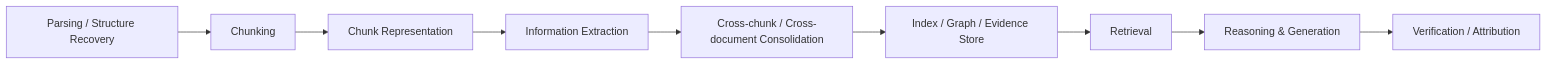
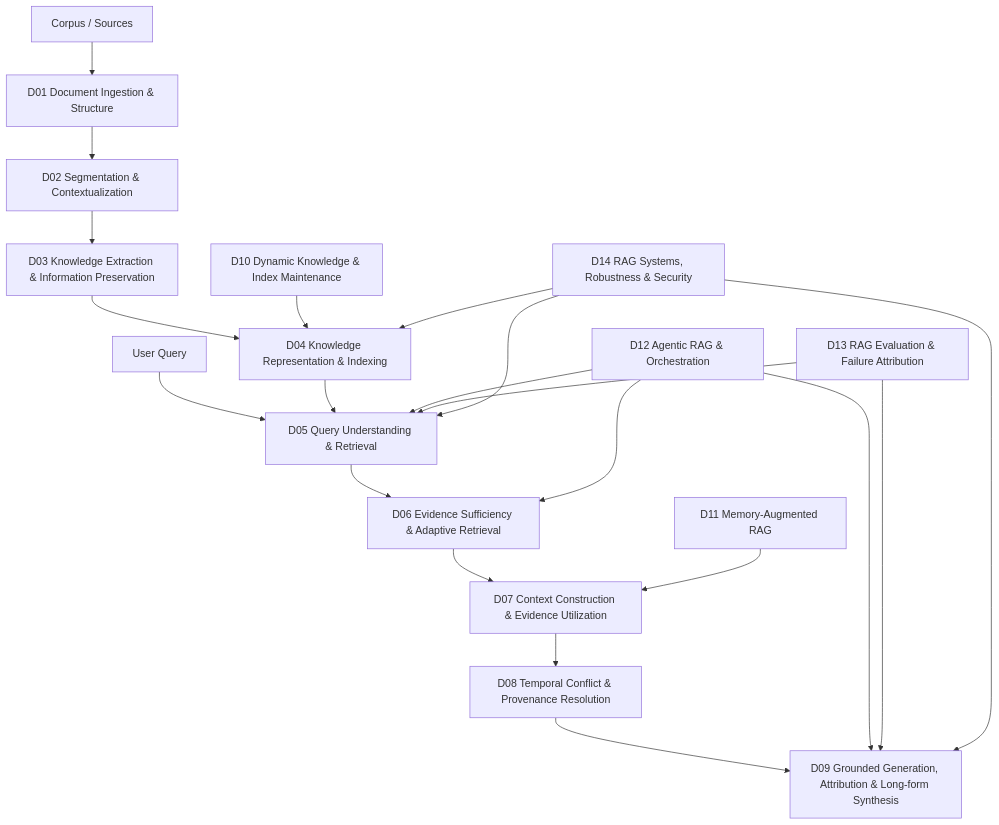
Before and after one commit to Cycl0n3-ga/RAG-survey: the diagram in 00 - 導覽與心智圖 (Navigation & MOC)/RAG Research Taxonomy & Domain Map.md, drawn with Mermaid. The commit also changed other lines of this file and 16 other files, not shown here.

````diff
--- a/00 - 導覽與心智圖 (Navigation & MOC)/RAG Research Taxonomy & Domain Map.md
+++ b/00 - 導覽與心智圖 (Navigation & MOC)/RAG Research Taxonomy & Domain Map.md
@@ -59,11 +16,23 @@
 ```mermaid
-flowchart LR
-    P["Parsing / Structure Recovery"] --> C["Chunking"]
-    C --> R["Chunk Representation"]
-    R --> IE["Information Extraction"]
-    IE --> CONS["Cross-chunk / Cross-document Consolidation"]
-    CONS --> IDX["Index / Graph / Evidence Store"]
-    IDX --> RET["Retrieval"]
-    RET --> GEN["Reasoning & Generation"]
-    GEN --> VER["Verification / Attribution"]
+flowchart TD
+    C["Corpus / Sources"] --> D01["D01 Document Ingestion & Structure"]
+    D01 --> D02["D02 Segmentation & Contextualization"]
+    D02 --> D03["D03 Knowledge Extraction & Information Preservation"]
+    D03 --> D04["D04 Knowledge Representation & Indexing"]
+    Q["User Query"] --> D05["D05 Query Understanding & Retrieval"]
+    D04 --> D05
+    D05 --> D06["D06 Evidence Sufficiency & Adaptive Retrieval"]
+    D06 --> D07["D07 Context Construction & Evidence Utilization"]
+    D07 --> D08["D08 Temporal Conflict & Provenance Resolution"]
+    D08 --> D09["D09 Grounded Generation, Attribution & Long-form Synthesis"]
+    D10["D10 Dynamic Knowledge & Index Maintenance"] --> D04
+    D11["D11 Memory-Augmented RAG"] --> D07
+    D12["D12 Agentic RAG & Orchestration"] --> D05
+    D12 --> D06
+    D12 --> D09
+    D13["D13 RAG Evaluation & Failure Attribution"] --> D05
+    D13 --> D09
+    D14["D14 RAG Systems, Robustness & Security"] --> D04
+    D14 --> D05
+    D14 --> D09
 ```
````
